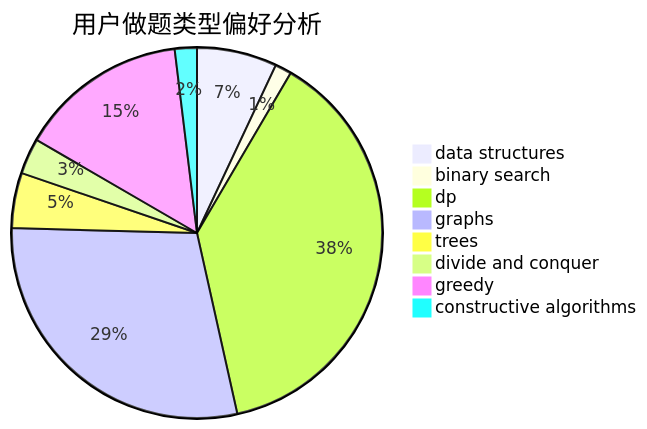
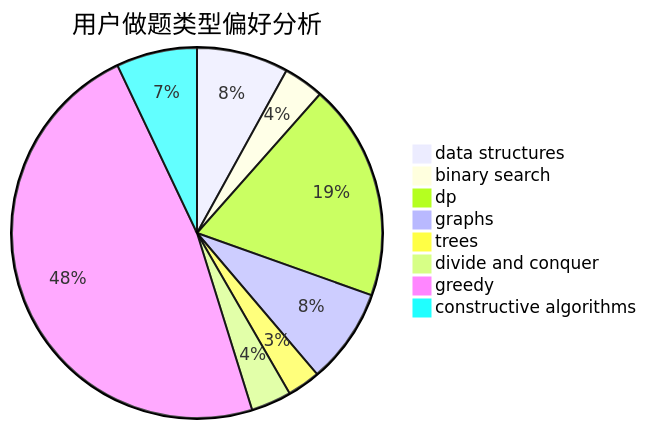
One commit to sherpahu/cfrs.github.io changed the second of 3 diagrams in docs/user/u2275.md. Above: the diagram before and after it, drawn with Mermaid. The commit also changed other lines of this file and 2770 other files, not shown here.

````diff
--- a/docs/user/u2275.md
+++ b/docs/user/u2275.md
@@ -23,11 +23,11 @@
 ```mermaid
 pie title 用户做题类型偏好分析
-    "data structures" :  29
-    "binary search" :  6
-    "dp" :  158
-    "graphs" :  120
-    "trees" :  20
-    "divide and conquer" :  13
-    "greedy" :  61
-    "constructive algorithms" :  8
+    "data structures" :  25
+    "binary search" :  11
+    "dp" :  59
+    "graphs" :  26
+    "trees" :  9
+    "divide and conquer" :  11
+    "greedy" :  149
+    "constructive algorithms" :  22
 ```
````
